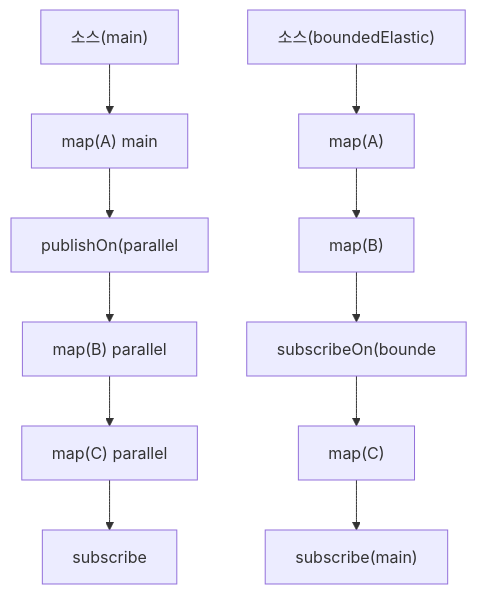
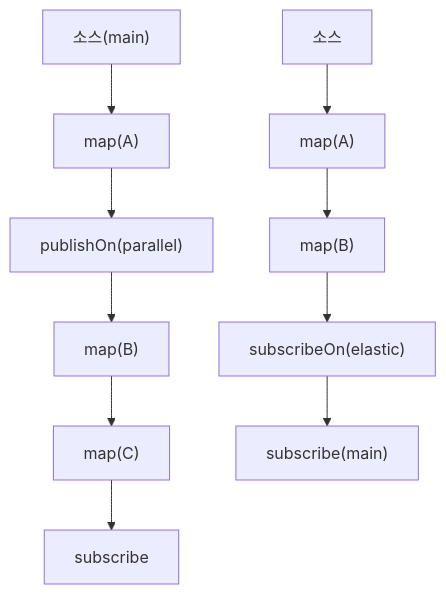
One commit to yjkim2015/yjkim2015.github.io changed the seventh of 9 diagrams in _posts/spring/2026-05-01-spring-webflux.md. Above: the diagram before and after it, drawn with Mermaid. The commit also changed other lines of this file and 155 other files, not shown here.

First line of the commit message:
Mermaid 전면 수정: subgraph 제거, participant/노드/줄수 축소 (342블록)

````diff
--- a/_posts/spring/2026-05-01-spring-webflux.md
+++ b/_posts/spring/2026-05-01-spring-webflux.md
@@ -448,9 +440,9 @@
 ```mermaid
 graph TD
-    PA["소스(main)"] --> PB["map(A) main"]
-    PB --> PC["publishOn(parallel"]
-    PC --> PD["map(B) parallel"] --> PE["map(C) parallel"] --> PF[subscribe]
-    SA["소스(boundedElastic)"] --> SB["map(A)"] --> SC["map(B)"]
-    SC --> SD["subscribeOn(bounde"]
-    SD --> SE["map(C)"] --> SF["subscribe(main)"]
+    PA["소스(main)"] --> PB["map(A)"]
+    PB --> PC["publishOn(parallel)"]
+    PC --> PD["map(B)"] --> PE["map(C)"] --> PF[subscribe]
+    SA["소스"] --> SB["map(A)"] --> SC["map(B)"]
+    SC --> SD["subscribeOn(elastic)"]
+    SD --> SE["subscribe(main)"]
 ```
````
